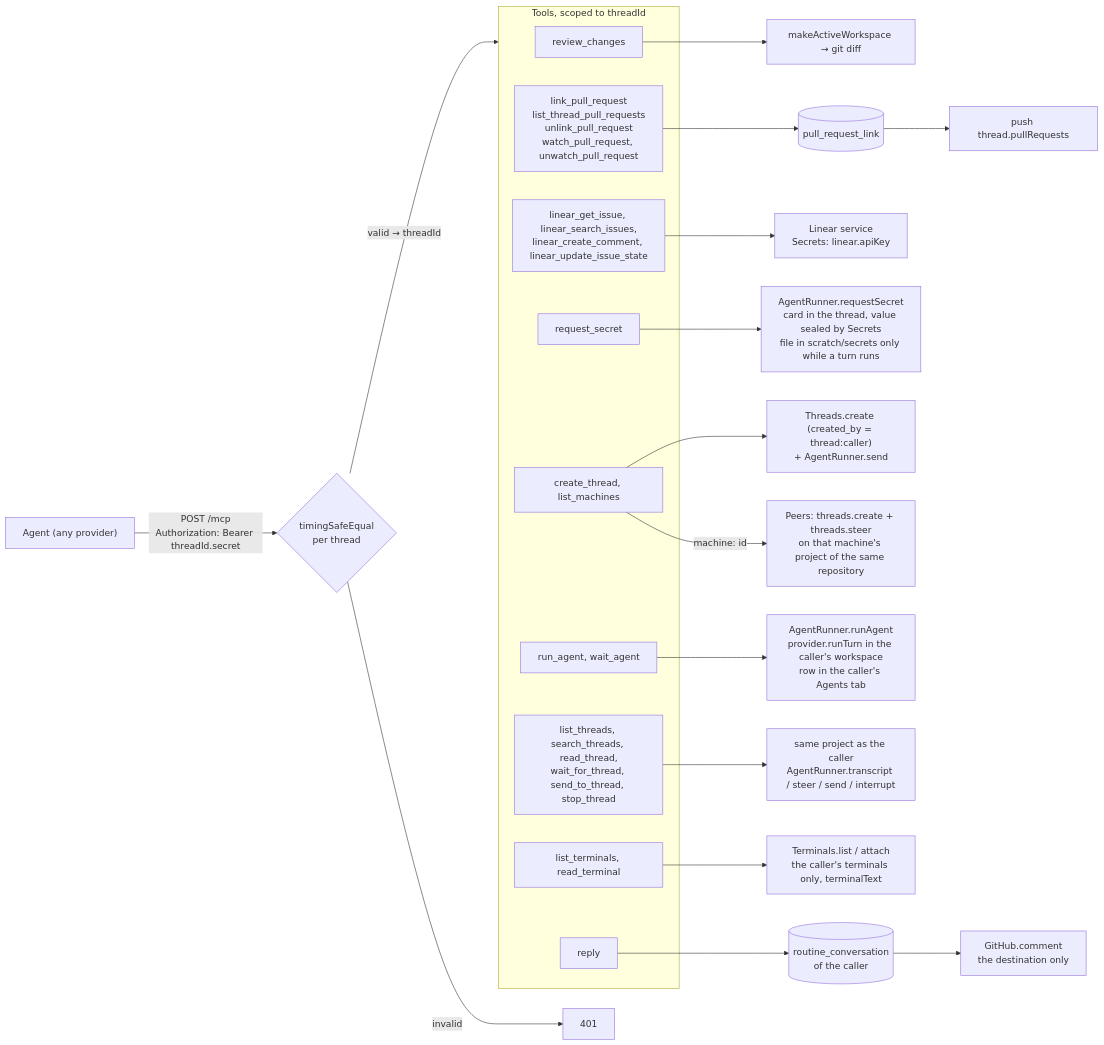
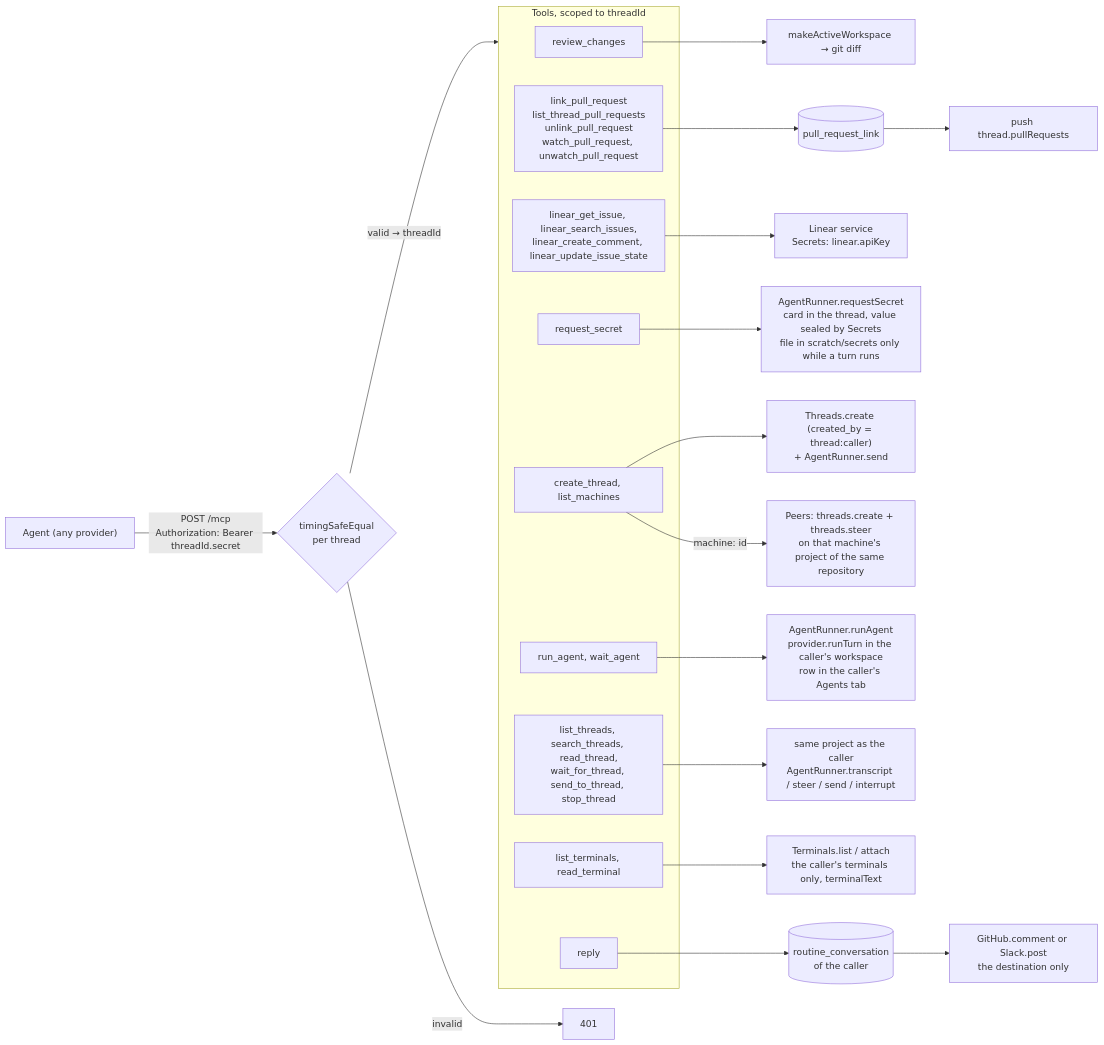
Diagram 16 of 19 in docs/arch.md (hinadev-ai/hinacode), drawn with Mermaid before and after one commit. The commit also changed other lines of this file and 1 other file, not shown here.

Commit message:
docs(routines): design the Slack trigger source

````diff
--- a/docs/arch.md
+++ b/docs/arch.md
@@ -683,27 +684,27 @@
 ```mermaid
 flowchart LR
   agent["Agent (any provider)"] -- "POST /mcp<br/>Authorization: Bearer threadId.secret" --> auth{"timingSafeEqual<br/>per thread"}
   auth -- "valid → threadId" --> tools
   auth -- invalid --> deny["401"]
   subgraph tools["Tools, scoped to threadId"]
     review["review_changes"]
     prs["link_pull_request<br/>list_thread_pull_requests<br/>unlink_pull_request<br/>watch_pull_request, unwatch_pull_request"]
     linear["linear_get_issue, linear_search_issues,<br/>linear_create_comment, linear_update_issue_state"]
     secret["request_secret"]
     create["create_thread, list_machines"]
     run["run_agent, wait_agent"]
     control["list_threads, search_threads, read_thread,<br/>wait_for_thread, send_to_thread, stop_thread"]
     terms["list_terminals, read_terminal"]
     reply["reply"]
   end
   review --> ws["makeActiveWorkspace → git diff"]
   prs --> db[("pull_request_link")] --> push["push thread.pullRequests"]
   linear --> apikey["Linear service<br/>Secrets: linear.apiKey"]
   secret --> runner["AgentRunner.requestSecret<br/>card in the thread, value sealed by Secrets<br/>file in scratch/secrets only while a turn runs"]
   create --> threads["Threads.create (created_by = thread:caller)<br/>+ AgentRunner.send"]
   create -- "machine: id" --> peers["Peers: threads.create + threads.steer<br/>on that machine's project of the same repository"]
   run --> agentRun["AgentRunner.runAgent<br/>provider.runTurn in the caller's workspace<br/>row in the caller's Agents tab"]
   control --> scope["same project as the caller<br/>AgentRunner.transcript / steer / send / interrupt"]
   terms --> scrollback["Terminals.list / attach<br/>the caller's terminals only, terminalText"]
-  reply --> conv[("routine_conversation<br/>of the caller")] --> gh["GitHub.comment<br/>the destination only"]
+  reply --> conv[("routine_conversation<br/>of the caller")] --> gh["GitHub.comment or Slack.post<br/>the destination only"]
 ```
````
